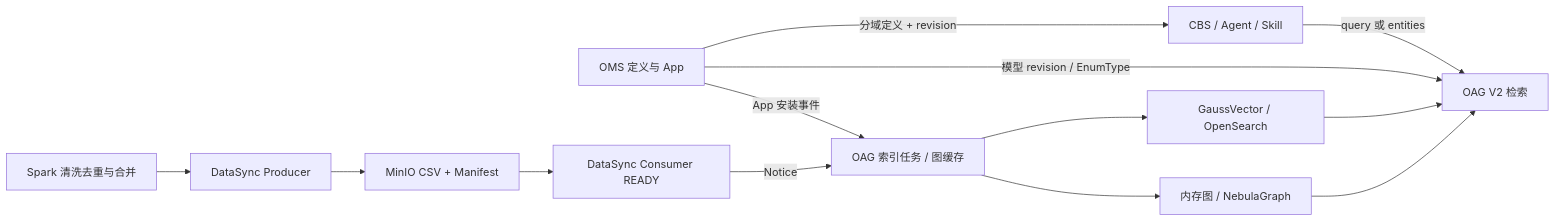
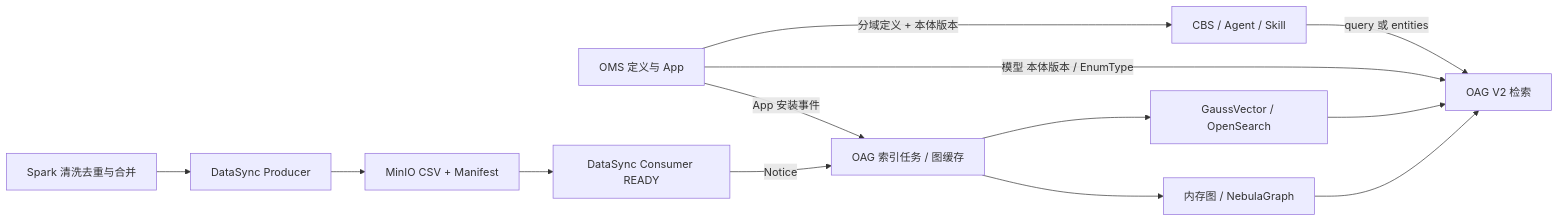
Before and after one commit to cfwl100/onology_dsl: the first of 3 diagrams in docs/Agentic Operation Center 27.3.0 功能设计说明书（IRxxx 软件Q4需求）.md, drawn with Mermaid. The commit also changed other lines of this file, not shown here.

````diff
--- a/docs/Agentic Operation Center 27.3.0 功能设计说明书（IRxxx 软件Q4需求）.md
+++ b/docs/Agentic Operation Center 27.3.0 功能设计说明书（IRxxx 软件Q4需求）.md
@@ -48,15 +48,15 @@
 ```mermaid
 flowchart LR
   Agent[CBS / Agent / Skill] -->|query 或 entities| OAG[OAG V2 检索]
-  OMS[OMS 定义与 App] -->|模型 revision / EnumType| OAG
-  OMS -->|分域定义 + revision| Agent
+  OMS[OMS 定义与 App] -->|模型 本体版本 / EnumType| OAG
+  OMS -->|分域定义 + 本体版本| Agent
   OMS -->|App 安装事件| Job[OAG 索引任务 / 图缓存]
   Spark[Spark 清洗去重与合并] --> Producer[DataSync Producer]
   Producer --> MinIO[MinIO CSV + Manifest]
   MinIO --> Consumer[DataSync Consumer READY]
   Consumer -->|Notice| Job
   Job --> GV[GaussVector / OpenSearch]
   Job --> Graph[内存图 / NebulaGraph]
   GV --> OAG
   Graph --> OAG
 ```
````
